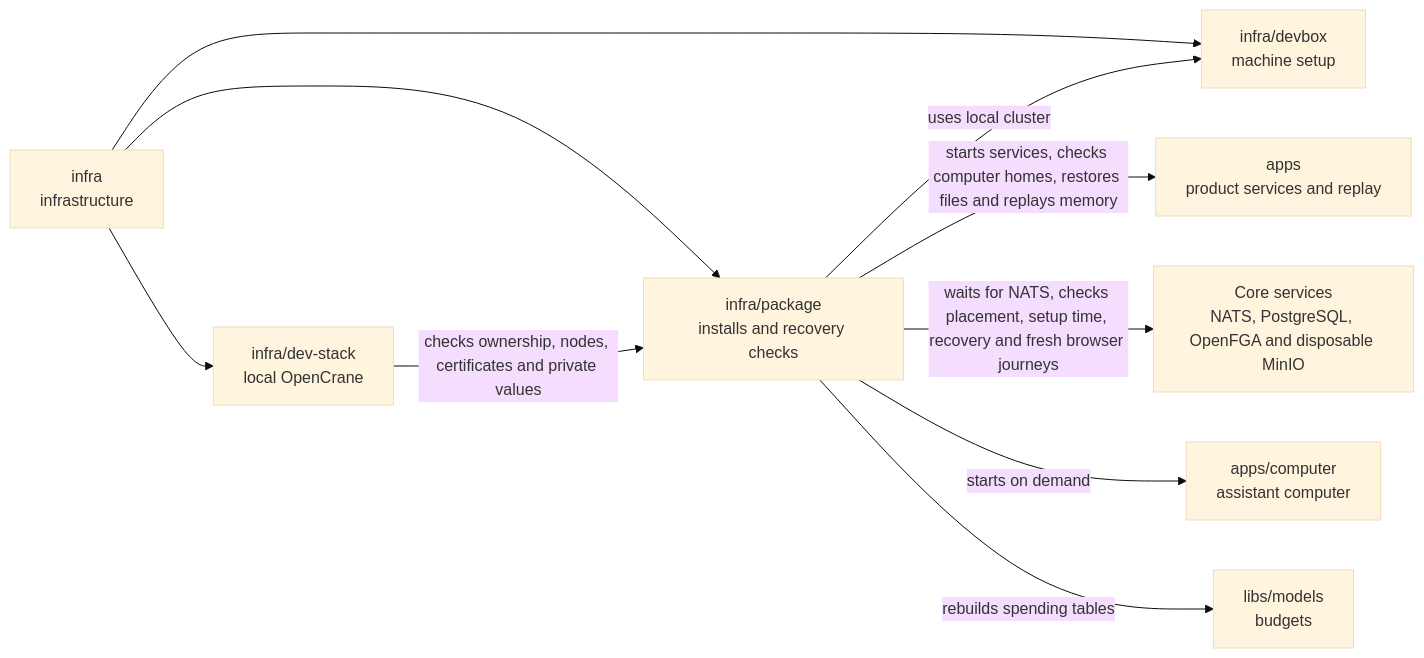
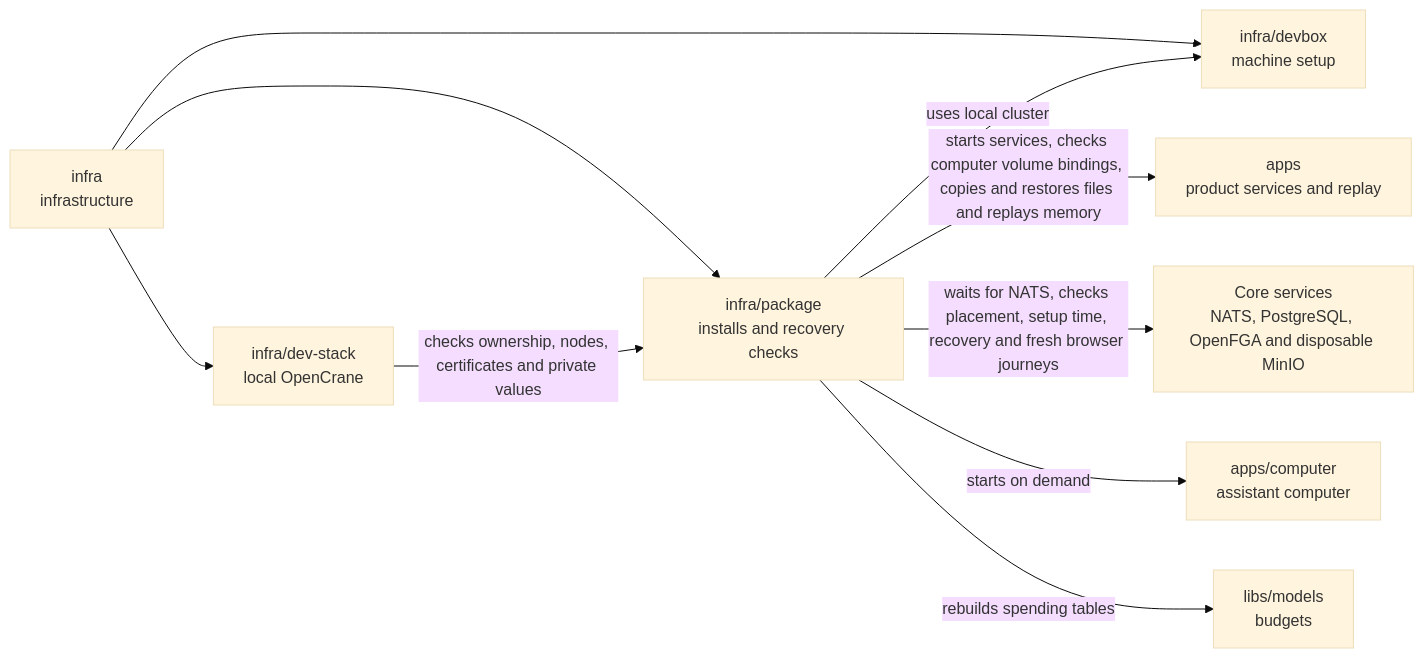
One commit to elewa-git/opencrane-new changed the diagram in infra/package/README.md. Above: the diagram before and after it, drawn with Mermaid (base theme). The commit also changed other lines of this file and 3 other files, not shown here.

Commit message:
🛡️ Verify exact persistent volume bindings before backup

````diff
--- a/infra/package/README.md
+++ b/infra/package/README.md
@@ -19,12 +19,12 @@
 ```mermaid
 flowchart LR
   infra["infra<br/>infrastructure"] --> package["infra/package<br/>installs and recovery checks"]
   infra --> stack["infra/dev-stack<br/>local OpenCrane"]
   infra --> devbox["infra/devbox<br/>machine setup"]
   stack -->|checks ownership, nodes, certificates and private values| package
   package -->|uses local cluster| devbox
-  package -->|starts services, checks computer homes, restores files and replays memory| apps["apps<br/>product services and replay"]
+  package -->|starts services, checks computer volume bindings, copies and restores files and replays memory| apps["apps<br/>product services and replay"]
   package -->|waits for NATS, checks placement, setup time, recovery and fresh browser journeys| services["Core services<br/>NATS, PostgreSQL, OpenFGA and disposable MinIO"]
   package -->|starts on demand| computer["apps/computer<br/>assistant computer"]
   package -->|rebuilds spending tables| models["libs/models<br/>budgets"]
 ```
````
